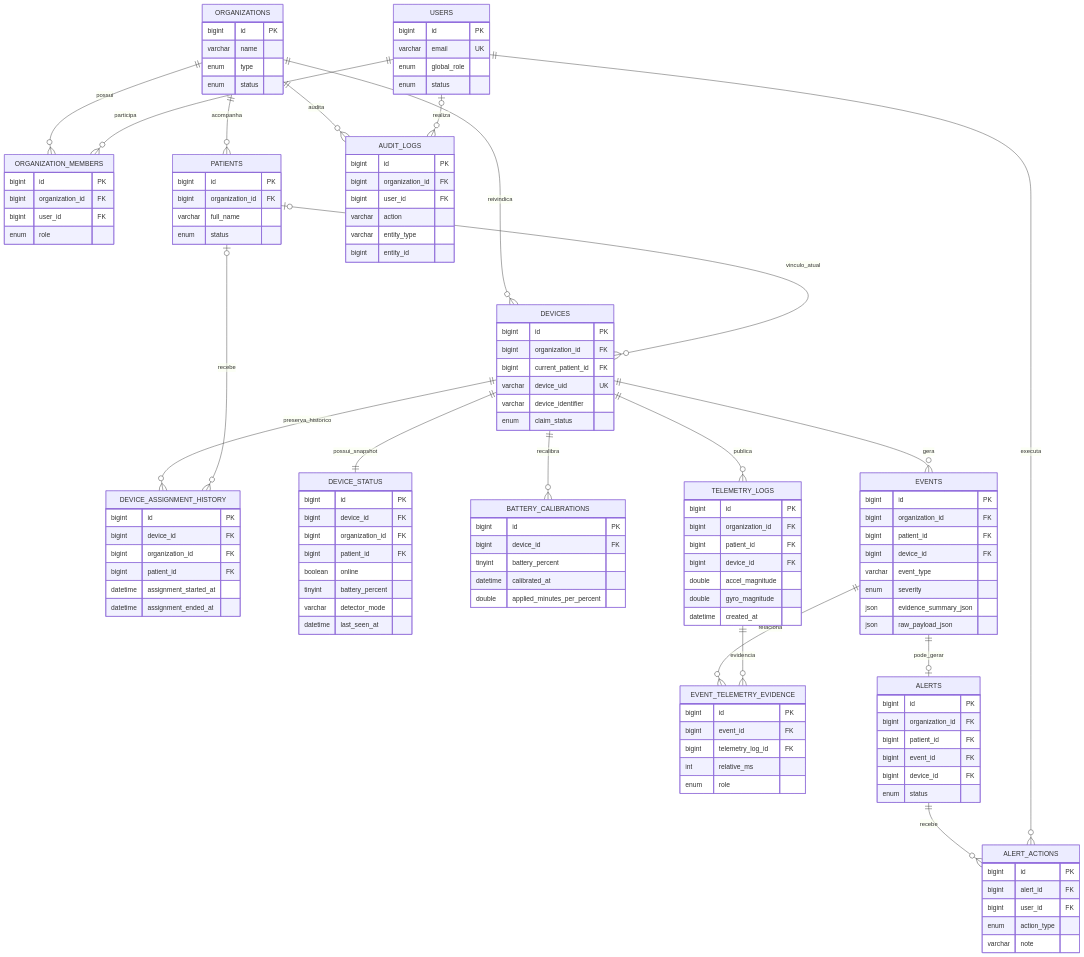
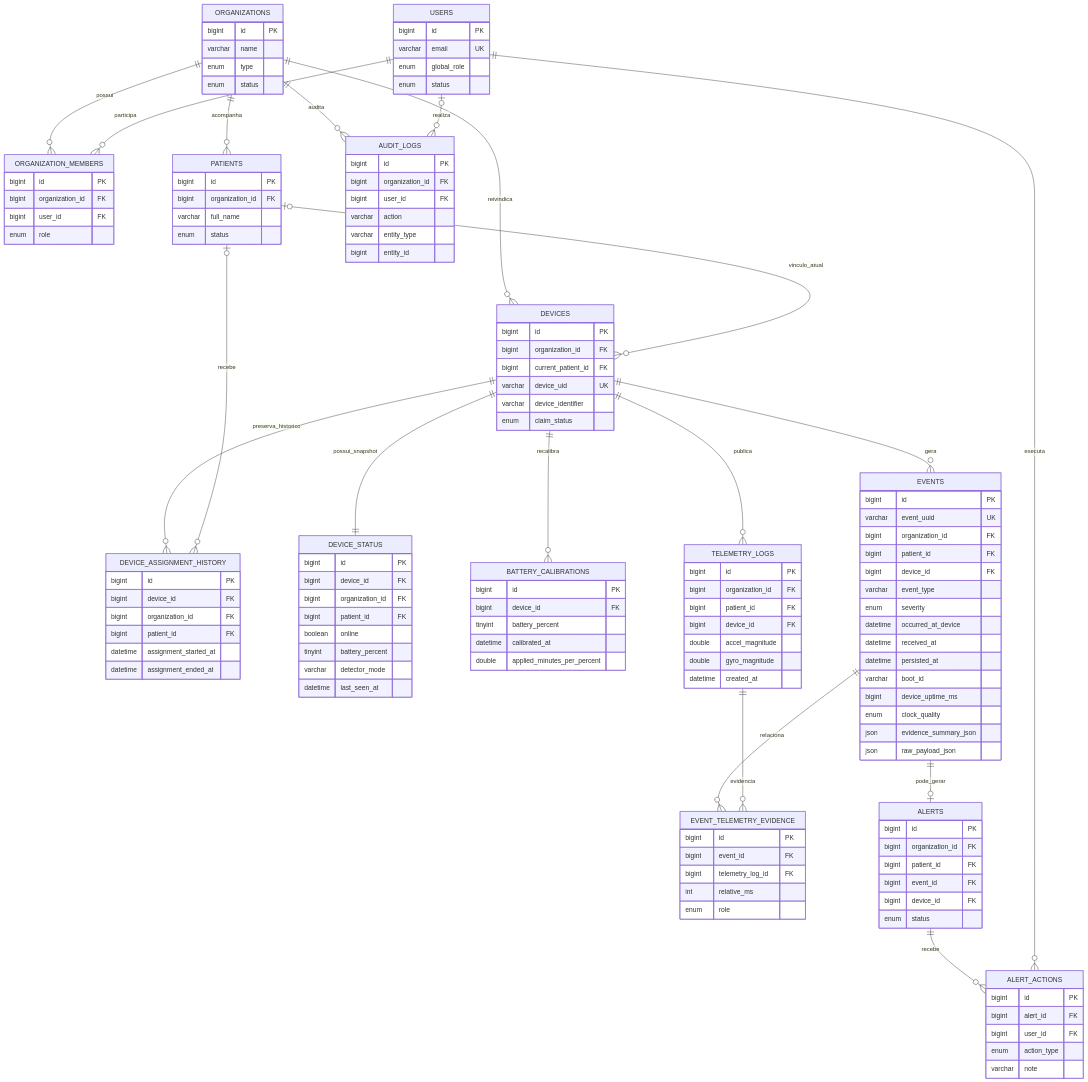
The diagram in docs/database-model.md (Soturine/tcc), drawn with Mermaid before and after one commit. The commit also changed other lines of this file and 13 other files, not shown here.

```diff
--- a/docs/database-model.md
+++ b/docs/database-model.md
@@ -81,11 +81,18 @@
 
     EVENTS {
         bigint id PK
+        varchar event_uuid UK
         bigint organization_id FK
         bigint patient_id FK
         bigint device_id FK
         varchar event_type
         enum severity
+        datetime occurred_at_device
+        datetime received_at
+        datetime persisted_at
+        varchar boot_id
+        bigint device_uptime_ms
+        enum clock_quality
         json evidence_summary_json
         json raw_payload_json
     }
```
